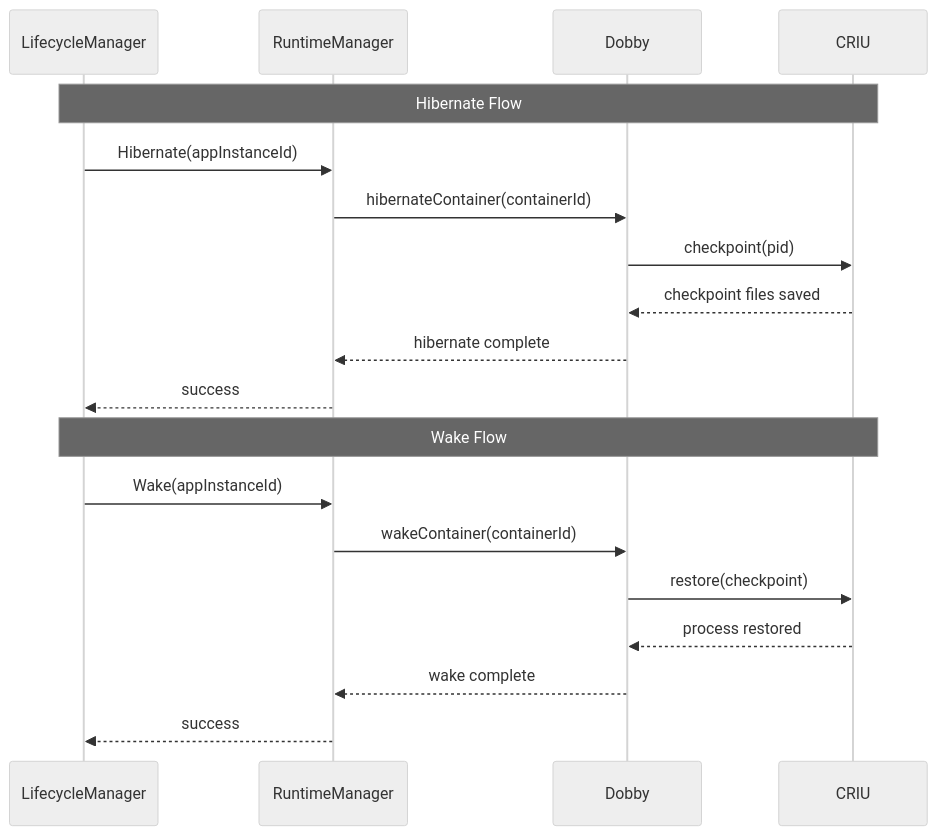
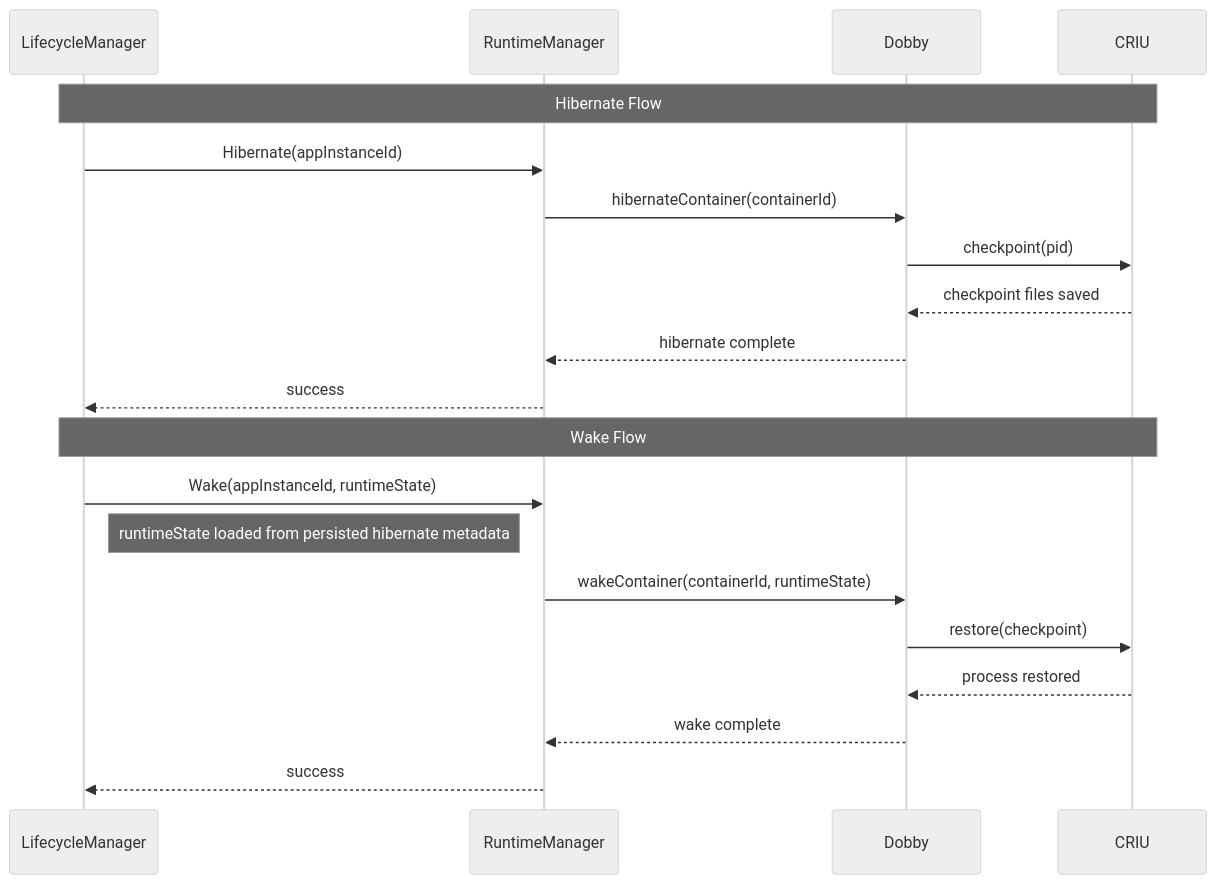
The fifth of 5 diagrams in RuntimeManager/RuntimeManager.md (rdkcentral/entservices-appmanagers), drawn with Mermaid (neutral theme) before and after one commit. The commit also changed other lines of this file and 7 other files, not shown here.

````diff
--- a/RuntimeManager/RuntimeManager.md
+++ b/RuntimeManager/RuntimeManager.md
@@ -211,23 +210,24 @@
 ```mermaid
 sequenceDiagram
     participant LCM as LifecycleManager
     participant RTM as RuntimeManager
     participant Dobby
     participant CRIU
 
     Note over LCM,CRIU: Hibernate Flow
     LCM->>RTM: Hibernate(appInstanceId)
     RTM->>Dobby: hibernateContainer(containerId)
     Dobby->>CRIU: checkpoint(pid)
     CRIU-->>Dobby: checkpoint files saved
     Dobby-->>RTM: hibernate complete
     RTM-->>LCM: success
 
     Note over LCM,CRIU: Wake Flow
-    LCM->>RTM: Wake(appInstanceId)
-    RTM->>Dobby: wakeContainer(containerId)
+    LCM->>RTM: Wake(appInstanceId, runtimeState)
+    Note right of LCM: runtimeState loaded from persisted hibernate metadata
+    RTM->>Dobby: wakeContainer(containerId, runtimeState)
     Dobby->>CRIU: restore(checkpoint)
     CRIU-->>Dobby: process restored
     Dobby-->>RTM: wake complete
     RTM-->>LCM: success
 ```
````
